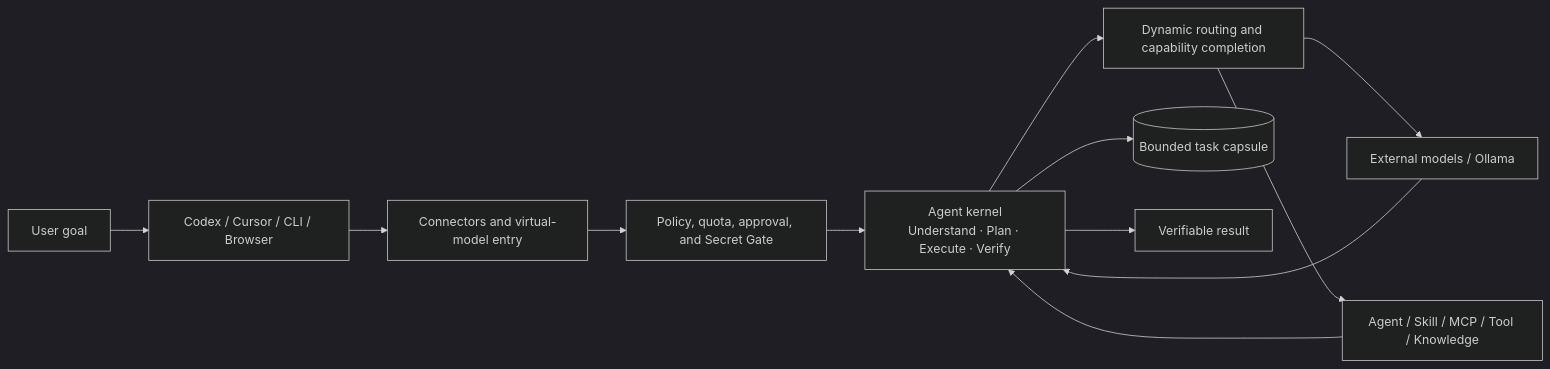
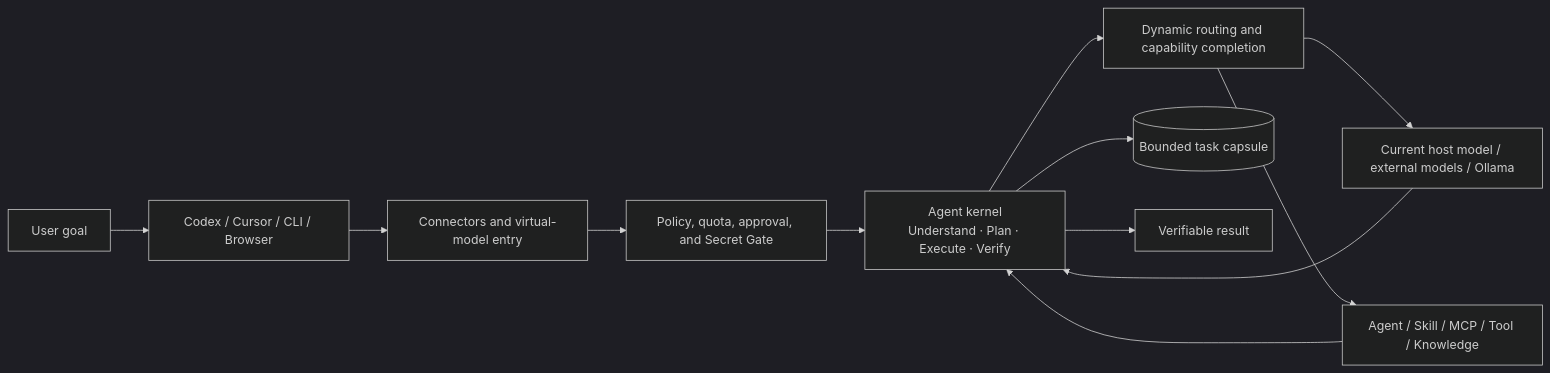
The first of 4 diagrams in docs/ARCHITECTURE.EN.md (skillnull/AI-Tidu9), drawn with Mermaid (dark theme) before and after one commit. The commit also changed other lines of this file and 50 other files, not shown here.

Commit message:
fix(config): preserve Codex models and detect local Ollama

````diff
--- a/docs/ARCHITECTURE.EN.md
+++ b/docs/ARCHITECTURE.EN.md
@@ -19,14 +20,14 @@
 ```mermaid
 flowchart LR
   User[User goal] --> Surface[Codex / Cursor / CLI / Browser]
   Surface --> Entry[Connectors and virtual-model entry]
   Entry --> Gate[Policy, quota, approval, and Secret Gate]
   Gate --> Kernel[Agent kernel<br/>Understand · Plan · Execute · Verify]
   Kernel --> Router[Dynamic routing and capability completion]
-  Router --> Models[External models / Ollama]
+  Router --> Models[Current host model / external models / Ollama]
   Router --> Assets[Agent / Skill / MCP / Tool / Knowledge]
   Models --> Kernel
   Assets --> Kernel
   Kernel --> Capsule[(Bounded task capsule)]
   Kernel --> Result[Verifiable result]
 ```
````
